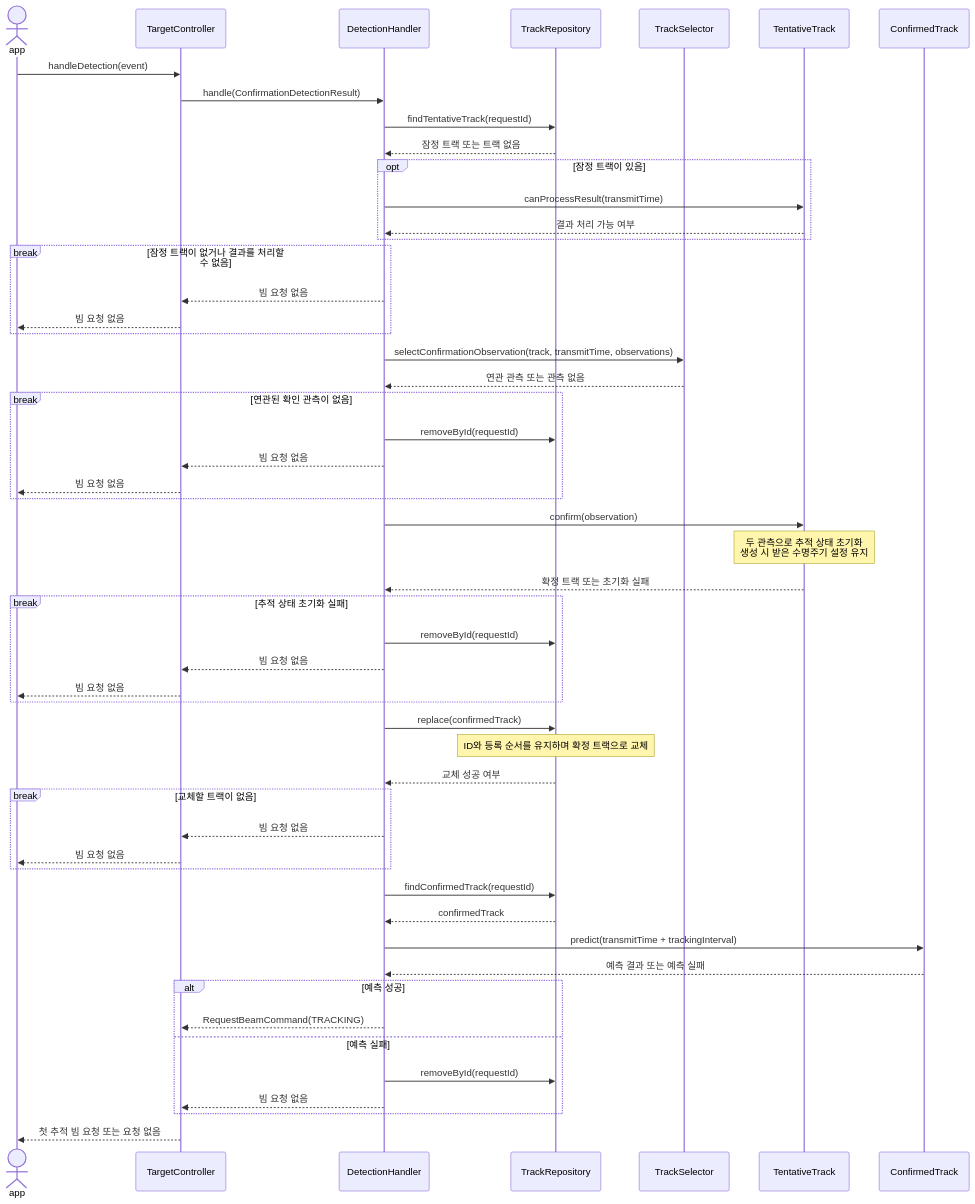
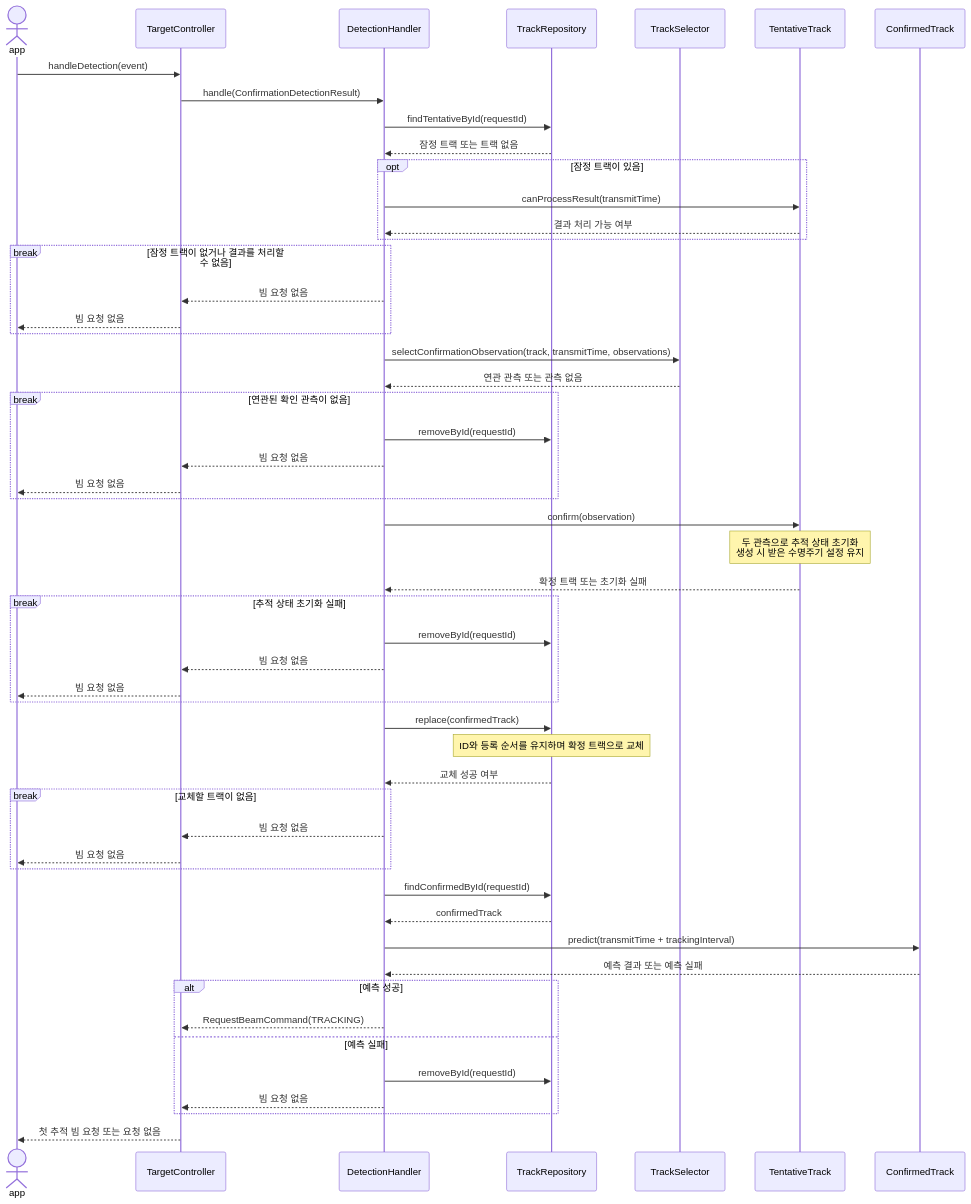
Before and after one commit to AESAlien/aesa-processor: the fifth of 8 diagrams in src/target/README.md, drawn with Mermaid. The commit also changed other lines of this file and 13 other files, not shown here.

````diff
--- a/src/target/README.md
+++ b/src/target/README.md
@@ -156,60 +153,60 @@
 ```mermaid
 sequenceDiagram
     actor app
     participant TargetController
     participant DetectionHandler
     participant TrackRepository
     participant TrackSelector
     participant TentativeTrack
     participant ConfirmedTrack
 
     app->>TargetController: handleDetection(event)
     TargetController->>DetectionHandler: handle(ConfirmationDetectionResult)
-    DetectionHandler->>TrackRepository: findTentativeTrack(requestId)
+    DetectionHandler->>TrackRepository: findTentativeById(requestId)
     TrackRepository-->>DetectionHandler: 잠정 트랙 또는 트랙 없음
     opt 잠정 트랙이 있음
         DetectionHandler->>TentativeTrack: canProcessResult(transmitTime)
         TentativeTrack-->>DetectionHandler: 결과 처리 가능 여부
     end
     break 잠정 트랙이 없거나 결과를 처리할 수 없음
         DetectionHandler-->>TargetController: 빔 요청 없음
         TargetController-->>app: 빔 요청 없음
     end
 
     DetectionHandler->>TrackSelector: selectConfirmationObservation(track, transmitTime, observations)
     TrackSelector-->>DetectionHandler: 연관 관측 또는 관측 없음
     break 연관된 확인 관측이 없음
         DetectionHandler->>TrackRepository: removeById(requestId)
         DetectionHandler-->>TargetController: 빔 요청 없음
         TargetController-->>app: 빔 요청 없음
     end
 
     DetectionHandler->>TentativeTrack: confirm(observation)
     Note over TentativeTrack: 두 관측으로 추적 상태 초기화<br/>생성 시 받은 수명주기 설정 유지
     TentativeTrack-->>DetectionHandler: 확정 트랙 또는 초기화 실패
     break 추적 상태 초기화 실패
         DetectionHandler->>TrackRepository: removeById(requestId)
         DetectionHandler-->>TargetController: 빔 요청 없음
         TargetController-->>app: 빔 요청 없음
     end
 
     DetectionHandler->>TrackRepository: replace(confirmedTrack)
     Note over TrackRepository: ID와 등록 순서를 유지하며 확정 트랙으로 교체
     TrackRepository-->>DetectionHandler: 교체 성공 여부
     break 교체할 트랙이 없음
         DetectionHandler-->>TargetController: 빔 요청 없음
         TargetController-->>app: 빔 요청 없음
     end
 
-    DetectionHandler->>TrackRepository: findConfirmedTrack(requestId)
+    DetectionHandler->>TrackRepository: findConfirmedById(requestId)
     TrackRepository-->>DetectionHandler: confirmedTrack
     DetectionHandler->>ConfirmedTrack: predict(transmitTime + trackingInterval)
     ConfirmedTrack-->>DetectionHandler: 예측 결과 또는 예측 실패
     alt 예측 성공
         DetectionHandler-->>TargetController: RequestBeamCommand(TRACKING)
     else 예측 실패
         DetectionHandler->>TrackRepository: removeById(requestId)
         DetectionHandler-->>TargetController: 빔 요청 없음
     end
     TargetController-->>app: 첫 추적 빔 요청 또는 요청 없음
 ```
````
